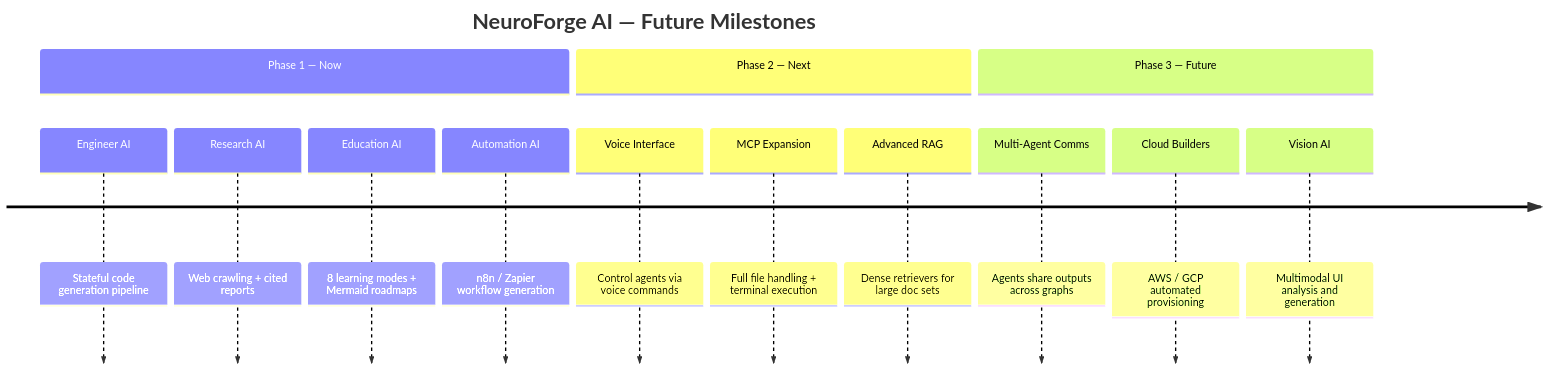
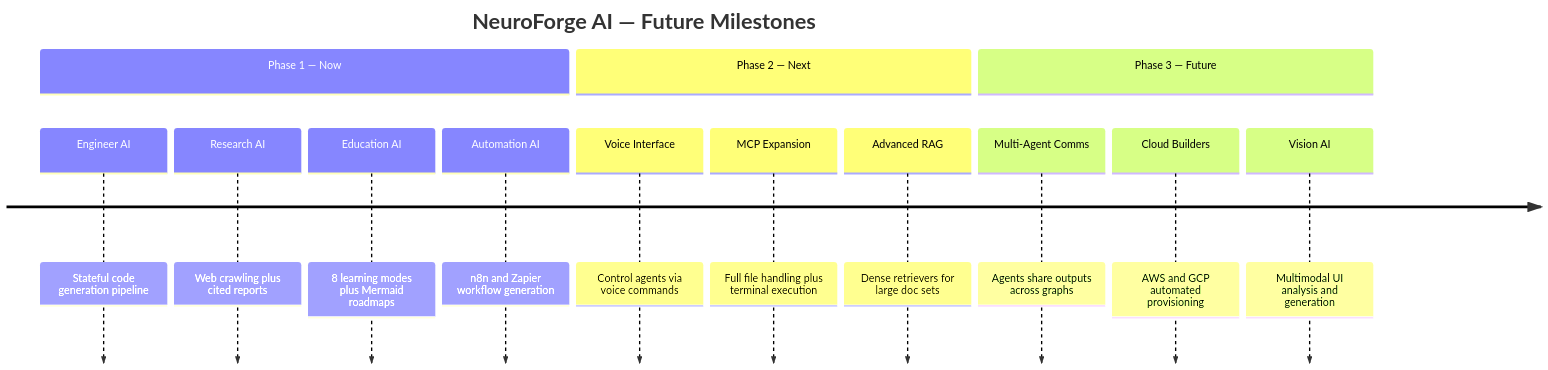
The second of 2 diagrams in README.md (Himanshuyadav37/AetheraAI), drawn with Mermaid before and after one commit. The commit also changed other lines of this file, not shown here.

````diff
--- a/README.md
+++ b/README.md
@@ -570,17 +667,17 @@
 ```mermaid
 timeline
     title NeuroForge AI — Future Milestones
     section Phase 1 — Now
         Engineer AI     : Stateful code generation pipeline
-        Research AI     : Web crawling + cited reports
-        Education AI    : 8 learning modes + Mermaid roadmaps
-        Automation AI   : n8n / Zapier workflow generation
+        Research AI     : Web crawling plus cited reports
+        Education AI    : 8 learning modes plus Mermaid roadmaps
+        Automation AI   : n8n and Zapier workflow generation
     section Phase 2 — Next
         Voice Interface : Control agents via voice commands
-        MCP Expansion   : Full file handling + terminal execution
+        MCP Expansion   : Full file handling plus terminal execution
         Advanced RAG    : Dense retrievers for large doc sets
     section Phase 3 — Future
         Multi-Agent Comms : Agents share outputs across graphs
-        Cloud Builders    : AWS / GCP automated provisioning
+        Cloud Builders    : AWS and GCP automated provisioning
         Vision AI         : Multimodal UI analysis and generation
 ```
````
